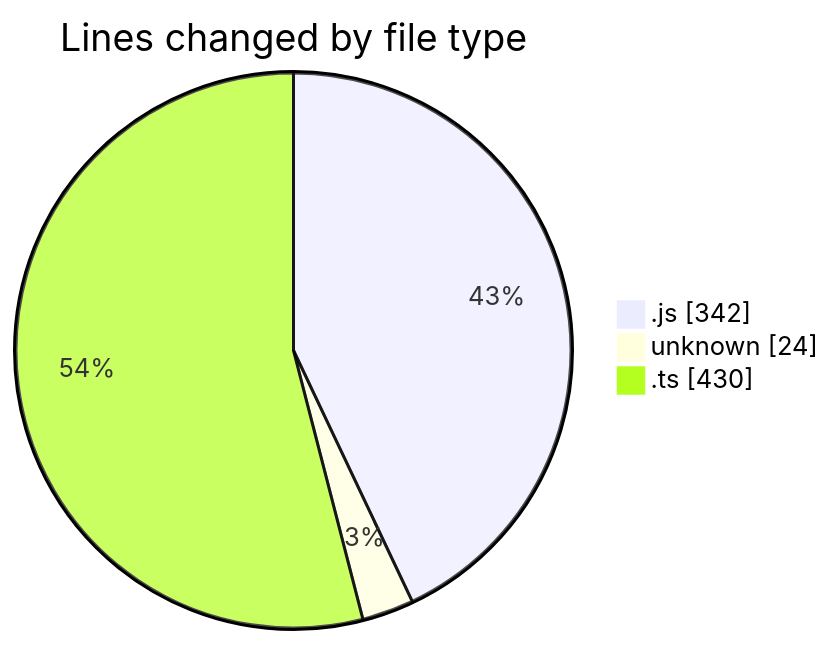
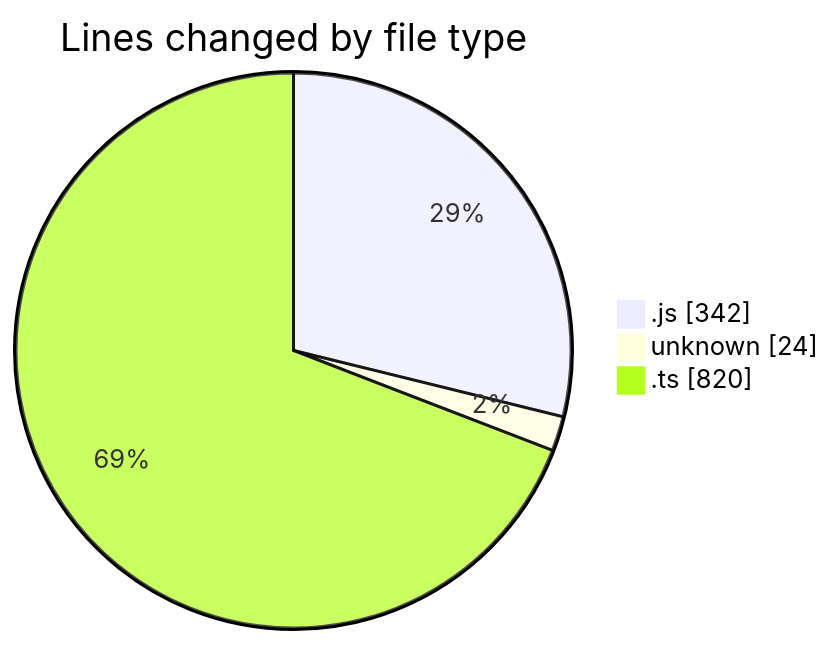
The first of 2 diagrams in 2025-02-05/cda/README.md (momahboobian/code-tracking), drawn with Mermaid before and after one commit. The commit also changed other lines of this file and 1 other file, not shown here.

````diff
--- a/2025-02-05/cda/README.md
+++ b/2025-02-05/cda/README.md
@@ -29,7 +30,7 @@
 ```mermaid
 pie showData
 title Lines changed by file type
 ".js" : 342
 "unknown" : 24
-".ts" : 430
+".ts" : 820
 ```
````
